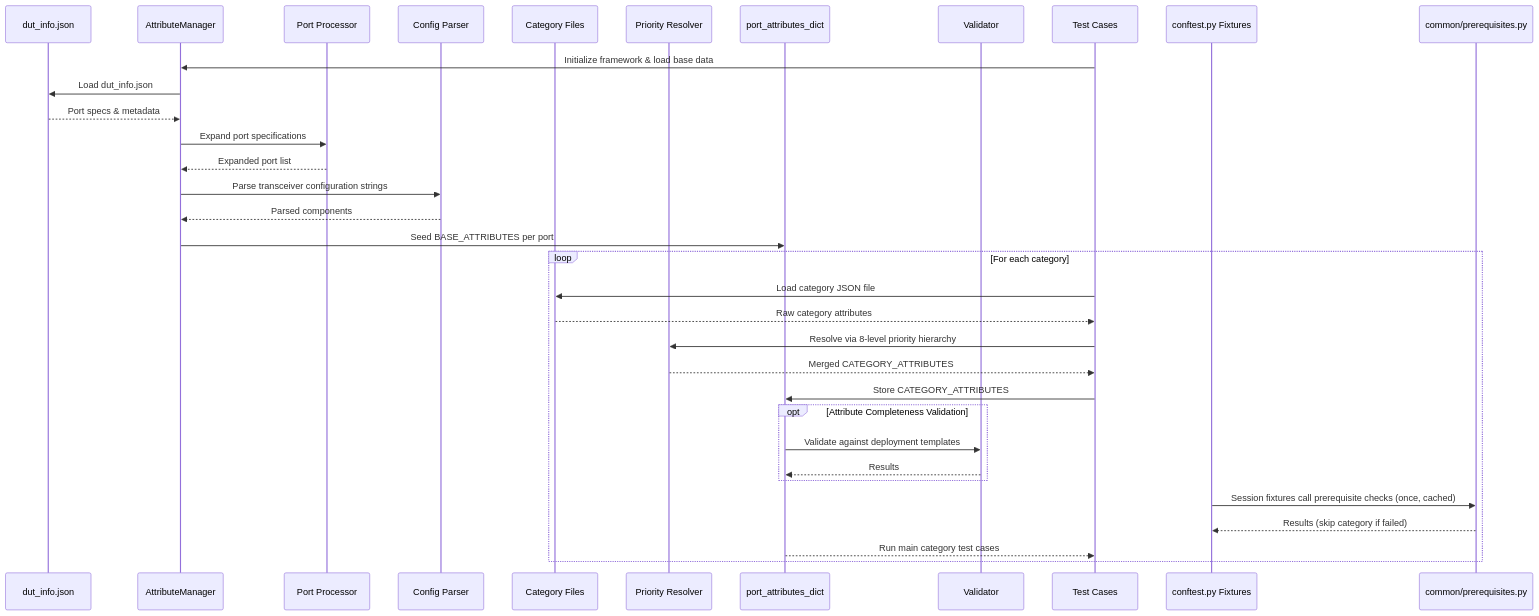
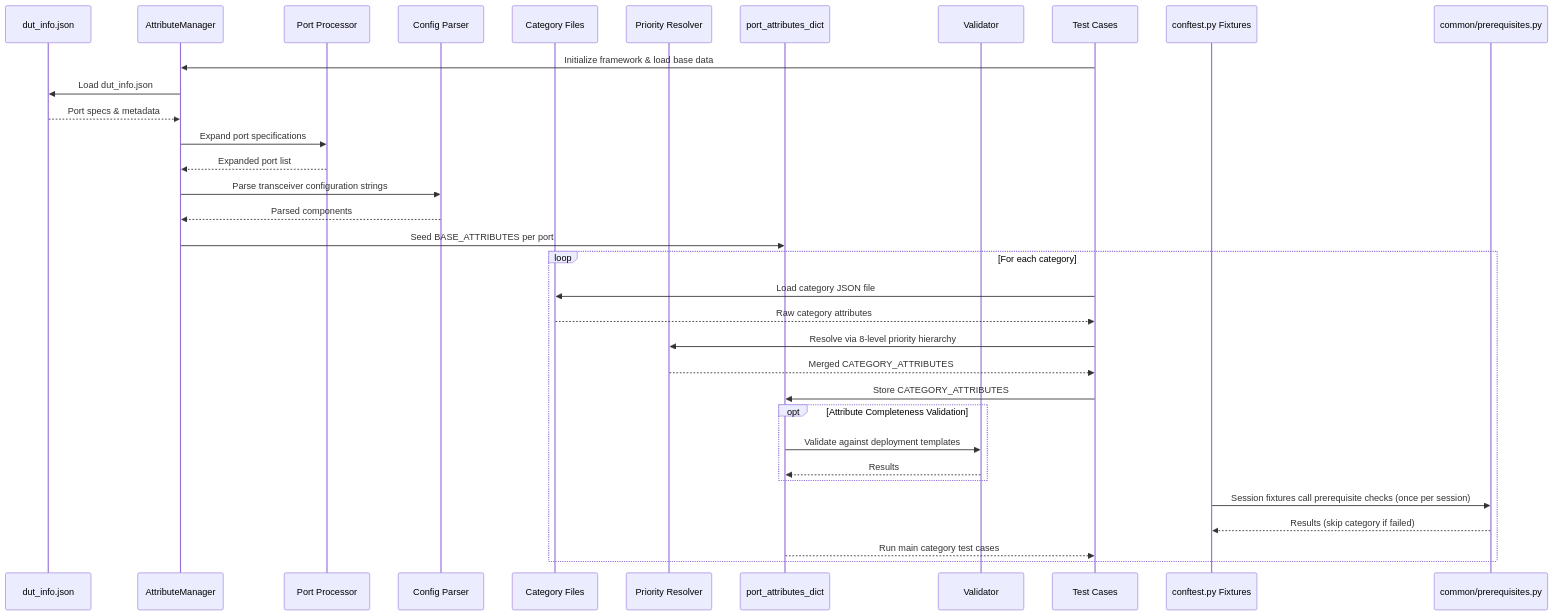
The second of 2 diagrams in docs/testplan/transceiver/diagrams/data_flow.md (mihirpat1/sonic-mgmt), drawn with Mermaid before and after one commit. The commit also changed 2 other files, not shown here.

Commit message:
Removed cache explaination to avoid confusion

````diff
--- a/docs/testplan/transceiver/diagrams/data_flow.md
+++ b/docs/testplan/transceiver/diagrams/data_flow.md
@@ -87,38 +87,38 @@
 ```mermaid
 sequenceDiagram
     participant DI as dut_info.json
     participant AM as AttributeManager
     participant PP as Port Processor
     participant CP as Config Parser
     participant CF as Category Files
     participant PR as Priority Resolver
     participant PD as port_attributes_dict
     participant V as Validator
     participant TC as Test Cases
     participant CFF as conftest.py Fixtures
     participant PRQ as common/prerequisites.py
 
     TC->>AM: Initialize framework & load base data
     AM->>DI: Load dut_info.json
     DI-->>AM: Port specs & metadata
     AM->>PP: Expand port specifications
     PP-->>AM: Expanded port list
     AM->>CP: Parse transceiver configuration strings
     CP-->>AM: Parsed components
     AM->>PD: Seed BASE_ATTRIBUTES per port
 
     loop For each category
         TC->>CF: Load category JSON file
         CF-->>TC: Raw category attributes
         TC->>PR: Resolve via 8-level priority hierarchy
         PR-->>TC: Merged CATEGORY_ATTRIBUTES
         TC->>PD: Store CATEGORY_ATTRIBUTES
         opt Attribute Completeness Validation
             PD->>V: Validate against deployment templates
             V-->>PD: Results
         end
-        CFF->>PRQ: Session fixtures call prerequisite checks (once, cached)
+        CFF->>PRQ: Session fixtures call prerequisite checks (once per session)
         PRQ-->>CFF: Results (skip category if failed)
         PD-->>TC: Run main category test cases
     end
 ```
````
